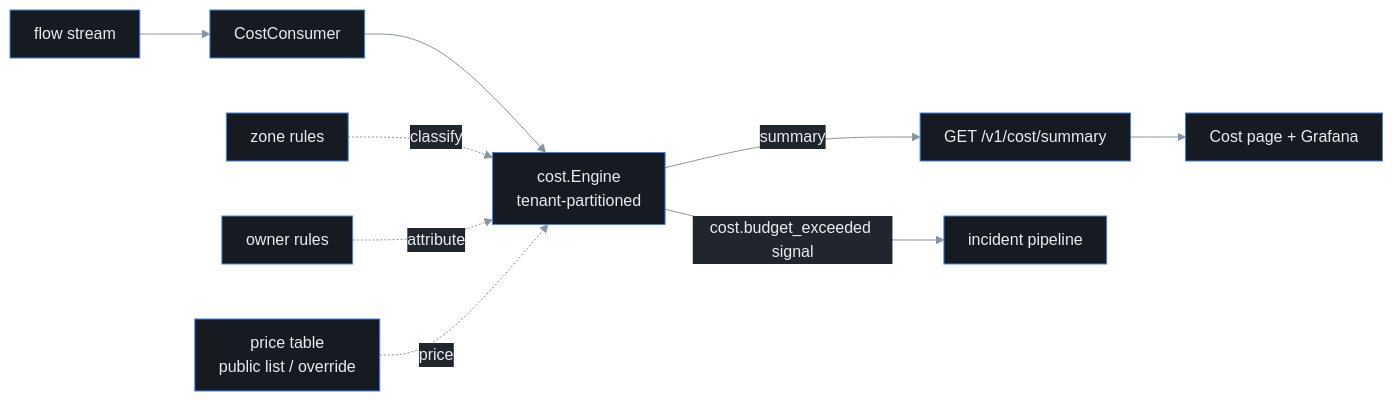
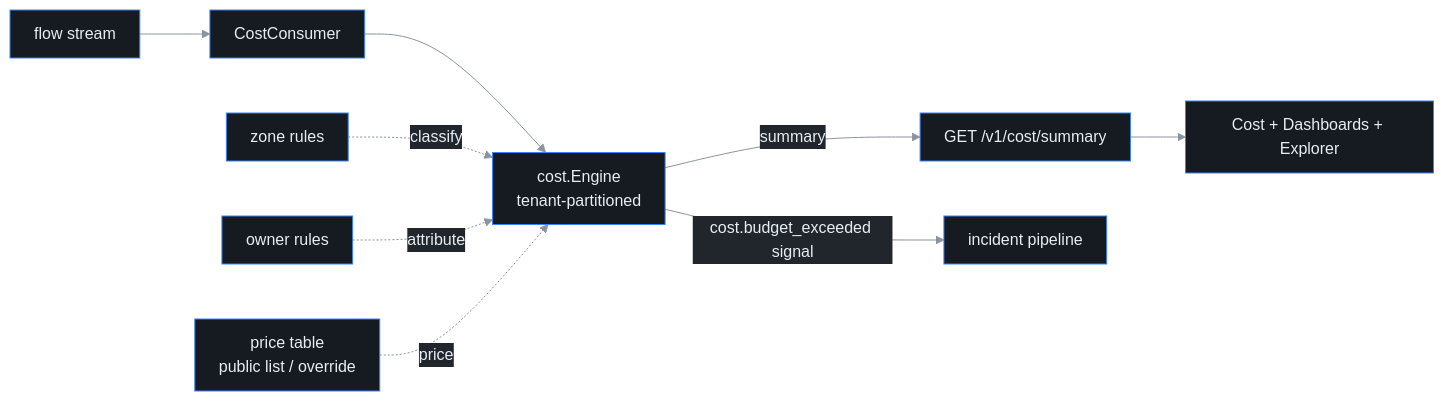
The diagram in docs/finops.md (ctlplne/probectl), drawn with Mermaid before and after one commit. The commit also changed other lines of this file and 11 other files, not shown here.

````diff
--- a/docs/finops.md
+++ b/docs/finops.md
@@ -119,12 +120,12 @@
 ```mermaid
 %%{init: {'theme':'base','themeVariables':{'background':'#0d1117','primaryColor':'#161b22','primaryTextColor':'#e6edf3','primaryBorderColor':'#3b82f6','lineColor':'#8b949e','secondaryColor':'#21262d','tertiaryColor':'#0d1117','clusterBkg':'#161b22','clusterBorder':'#30363d','fontFamily':'ui-monospace, SFMono-Regular, Menlo, monospace'},'flowchart':{'curve':'basis','nodeSpacing':55,'rankSpacing':55,'padding':12}}}%%
 flowchart LR
   FL[flow stream] --> CC[CostConsumer]
   CC --> E[cost.Engine<br/>tenant-partitioned]
   Z[zone rules] -.classify.-> E
   O[owner rules] -.attribute.-> E
   P[price table<br/>public list / override] -.price.-> E
   E -->|summary| API[GET /v1/cost/summary]
   E -->|"cost.budget_exceeded signal"| INC[incident pipeline]
-  API --> UI[Cost page + Grafana]
+  API --> UI[Cost + Dashboards + Explorer]
 ```
````
